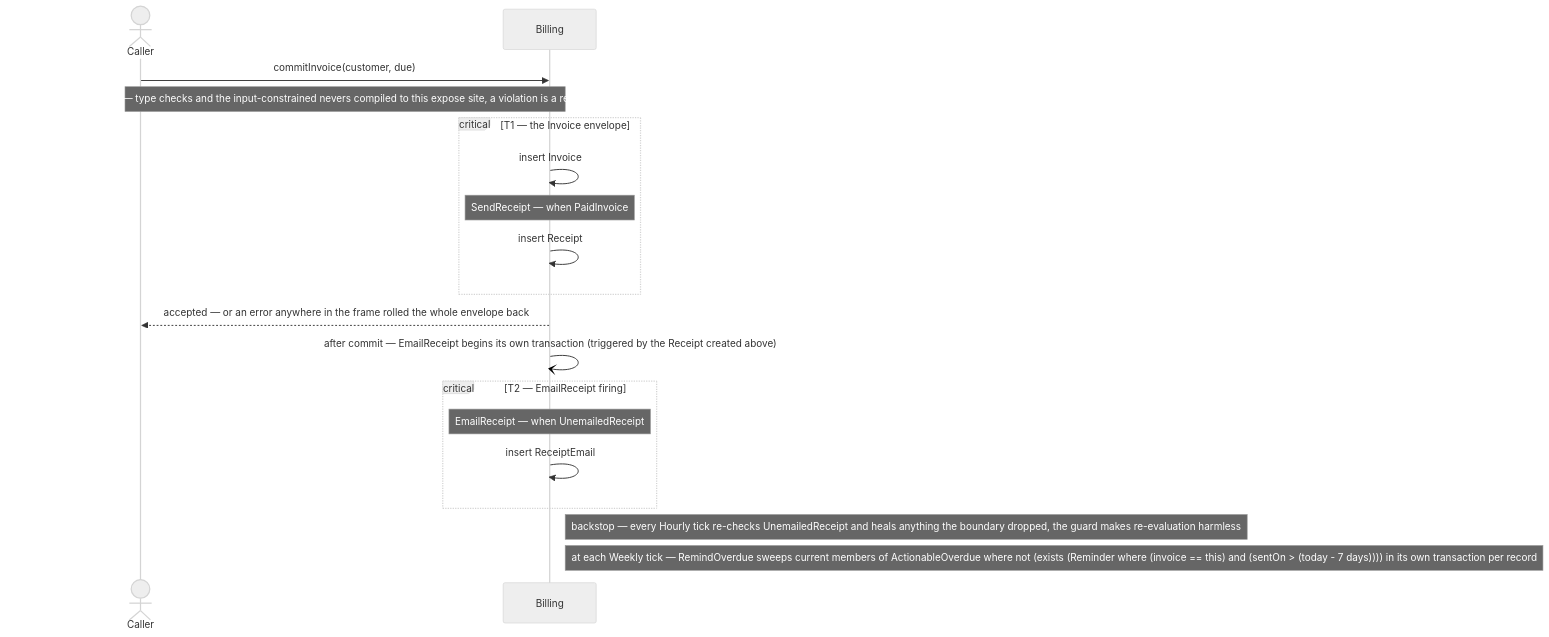
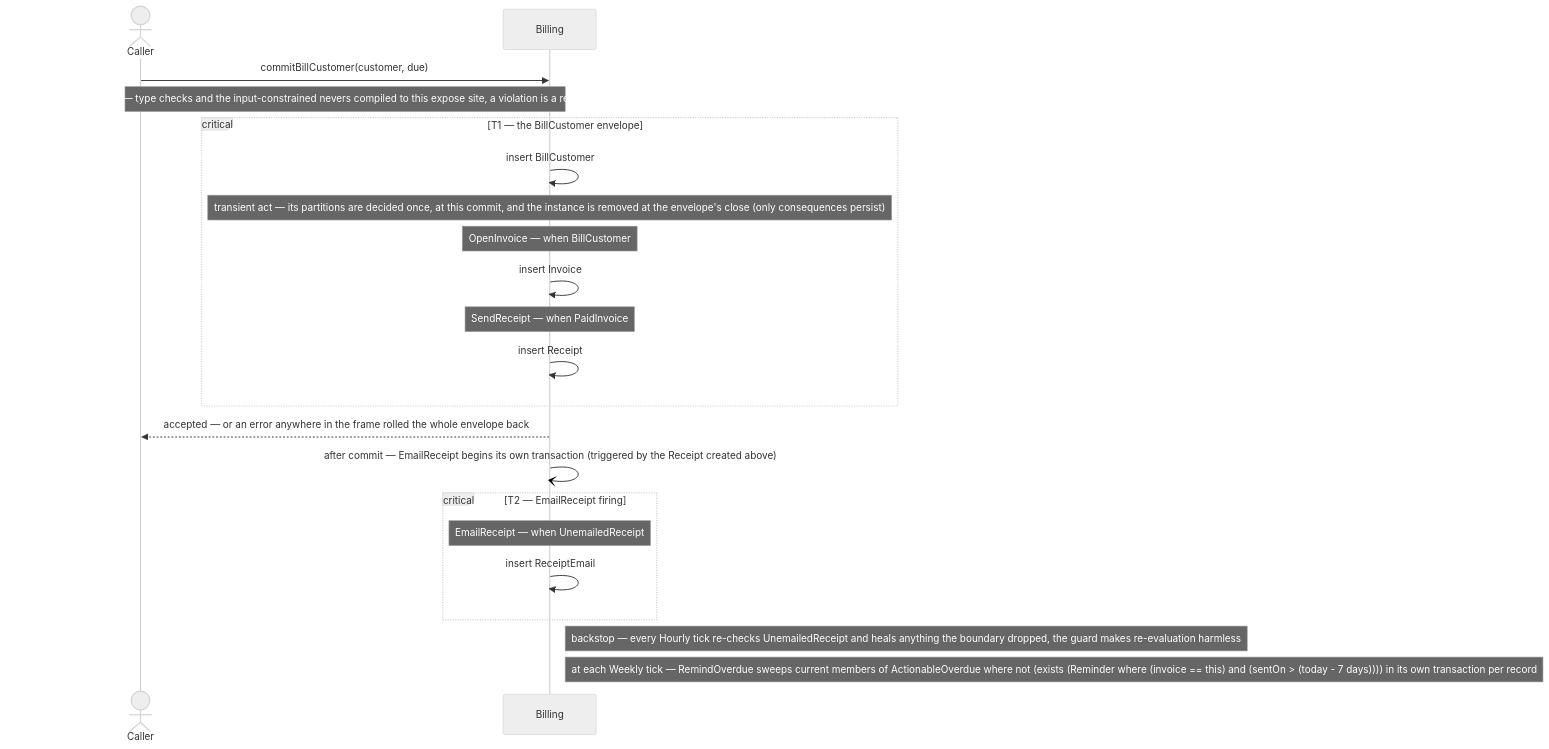
One commit to daveclay/velle changed the tenth of 16 diagrams in examples/billing/output/DIAGRAMS-Billing.md. Above: the diagram before and after it, drawn with Mermaid (neutral theme). The commit also changed other lines of this file and 106 other files, not shown here.

````diff
--- a/examples/billing/output/DIAGRAMS-Billing.md
+++ b/examples/billing/output/DIAGRAMS-Billing.md
@@ -317,20 +334,23 @@
 ```mermaid
 sequenceDiagram
     actor Caller
     participant S as Billing
-    Caller->>S: commitInvoice(customer, due)
+    Caller->>S: commitBillCustomer(customer, due)
     Note over Caller,S: boundary validation first — type checks and the input-constrained nevers compiled to this expose site, a violation is a refusal and nothing begins
-    critical T1 — the Invoice envelope
+    critical T1 — the BillCustomer envelope
+        S->>S: insert BillCustomer
+        Note over S: transient act — its partitions are decided once, at this commit, and the instance is removed at the envelope's close (only consequences persist)
+        Note over S: OpenInvoice — when BillCustomer
         S->>S: insert Invoice
         Note over S: SendReceipt — when PaidInvoice
         S->>S: insert Receipt
     end
     S-->>Caller: accepted — or an error anywhere in the frame rolled the whole envelope back
     S-)S: after commit — EmailReceipt begins its own transaction (triggered by the Receipt created above)
     critical T2 — EmailReceipt firing
         Note over S: EmailReceipt — when UnemailedReceipt
         S->>S: insert ReceiptEmail
     end
     Note right of S: backstop — every Hourly tick re-checks UnemailedReceipt and heals anything the boundary dropped, the guard makes re-evaluation harmless
     Note right of S: at each Weekly tick — RemindOverdue sweeps current members of ActionableOverdue where not (exists (Reminder where (invoice == this) and (sentOn > (today - 7 days)))) in its own transaction per record
 ```
````
